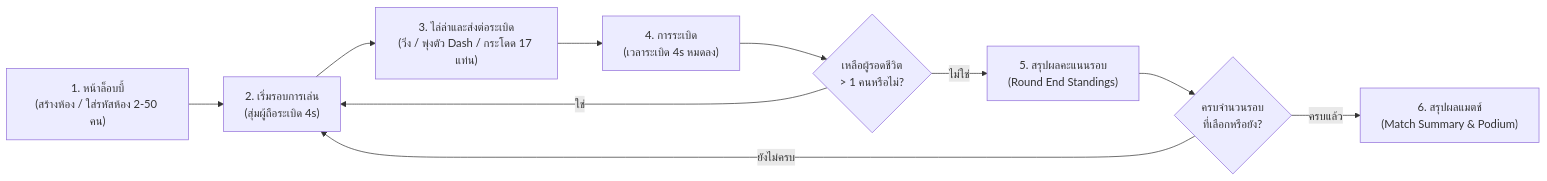
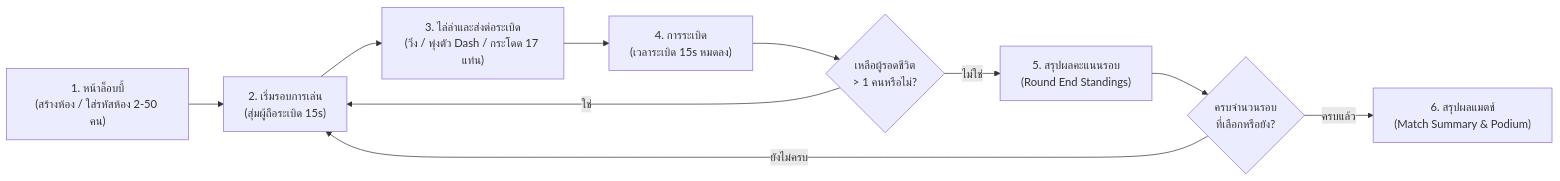
One commit to 664244132/CatchMeGame changed the diagram in markdowns/PROJECT.md. Above: the diagram before and after it, drawn with Mermaid. The commit also changed other lines of this file and 8 other files, not shown here.

````diff
--- a/markdowns/PROJECT.md
+++ b/markdowns/PROJECT.md
@@ -21,12 +21,12 @@
 ```mermaid
 flowchart LR
-    A["1. หน้าล็อบบี้<br>(สร้างห้อง / ใส่รหัสห้อง 2-50 คน)"] --> B["2. เริ่มรอบการเล่น<br>(สุ่มผู้ถือระเบิด 4s)"]
+    A["1. หน้าล็อบบี้<br>(สร้างห้อง / ใส่รหัสห้อง 2-50 คน)"] --> B["2. เริ่มรอบการเล่น<br>(สุ่มผู้ถือระเบิด 15s)"]
     B --> C["3. ไล่ล่าและส่งต่อระเบิด<br>(วิ่ง / พุ่งตัว Dash / กระโดด 17 แท่น)"]
-    C --> D["4. การระเบิด<br>(เวลาระเบิด 4s หมดลง)"]
+    C --> D["4. การระเบิด<br>(เวลาระเบิด 15s หมดลง)"]
     D --> E{"เหลือผู้รอดชีวิต<br>> 1 คนหรือไม่?"}
     E -- ใช่ --> B
     E -- ไม่ใช่ --> F["5. สรุปผลคะแนนรอบ<br>(Round End Standings)"]
     F --> G{"ครบจำนวนรอบ<br>ที่เลือกหรือยัง?"}
     G -- ยังไม่ครบ --> B
     G -- ครบแล้ว --> H["6. สรุปผลแมตช์<br>(Match Summary & Podium)"]
 ```
````
